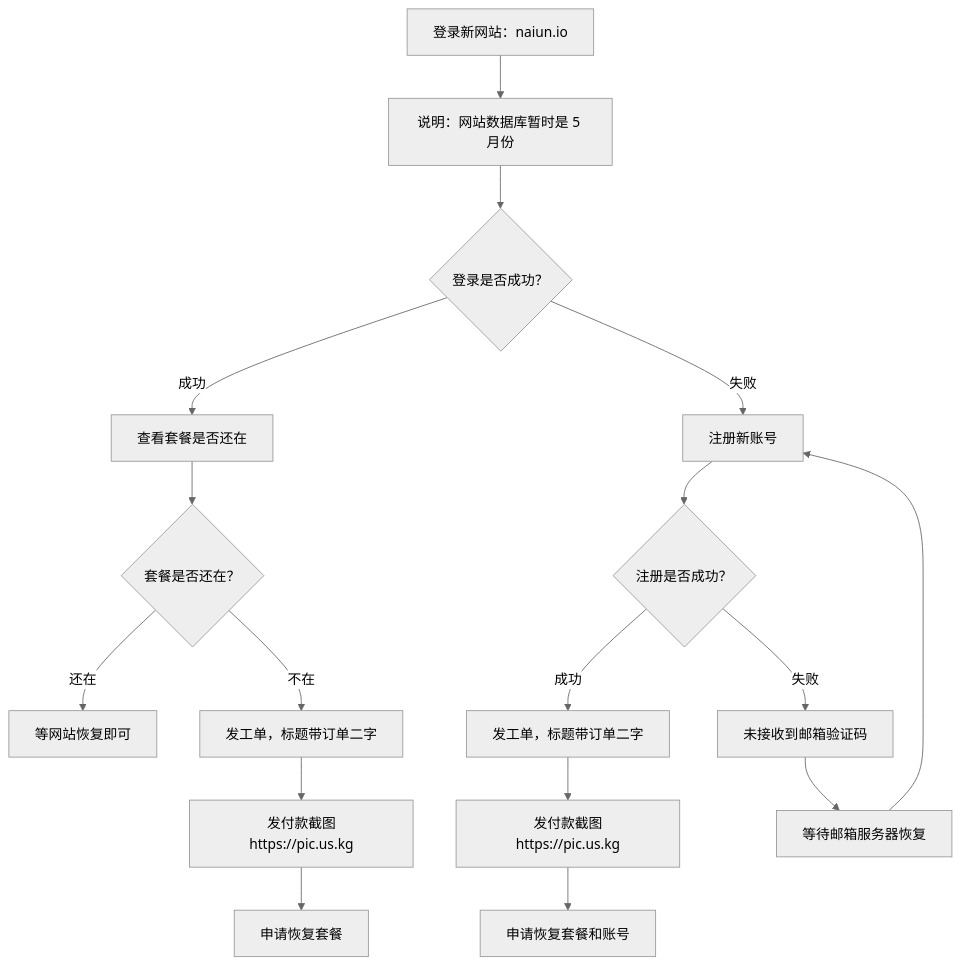
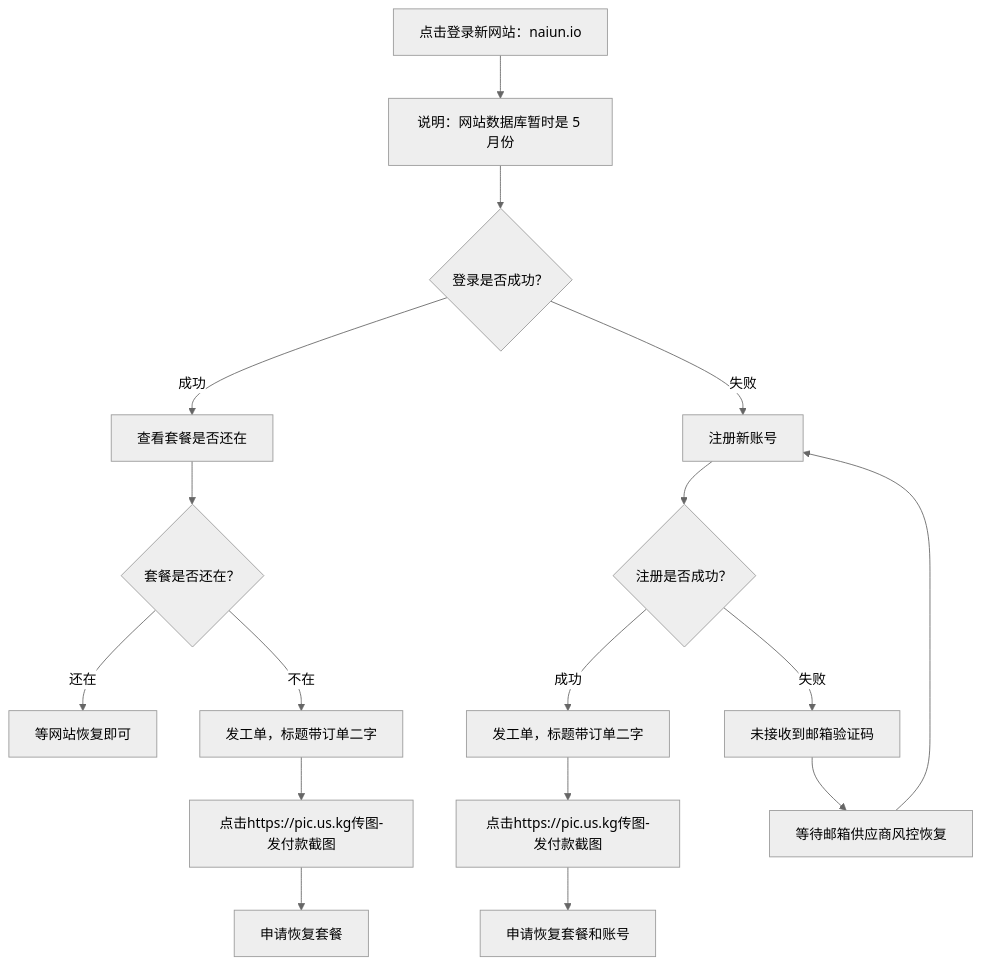
One commit to jdnei/naiyun changed the diagram in README.md. Above: the diagram before and after it, drawn with Mermaid (neutral theme).

````diff
--- a/README.md
+++ b/README.md
@@ -159,27 +159,28 @@
 ```mermaid
 flowchart TD
-    B[登录新网站：naiun.io]
+    B[点击登录新网站：naiun.io]
     B --> C[说明：网站数据库暂时是 5 月份]
     C --> D{登录是否成功？}
 
     D -->|成功| E[查看套餐是否还在]
     E --> F{套餐是否还在？}
 
     F -->|还在| G[等网站恢复即可]
     F -->|不在| H[发工单，标题带订单二字]
-    H --> I[发付款截图https://pic.us.kg]
+    H --> I[点击https://pic.us.kg传图-发付款截图]
     I --> J[申请恢复套餐]
 
     D -->|失败| K[注册新账号]
     K --> L{注册是否成功？}
 
     L -->|成功| M[发工单，标题带订单二字]
-    M --> N[发付款截图https://pic.us.kg]
+    M --> N[点击https://pic.us.kg传图-发付款截图]
     N --> O[申请恢复套餐和账号]
 
     L -->|失败| P[未接收到邮箱验证码]
-    P --> Q[等待邮箱服务器恢复]
+    P --> Q[等待邮箱供应商风控恢复]
     Q --> K
     click B "https://naiun.io/#/register?code=KacwlzHN" "打开 naiun.io"
     click I "https://pic.us.kg" "打开 pic.us.kg"
+    click N "https://pic.us.kg" "打开 pic.us.kg"
 ```
````
